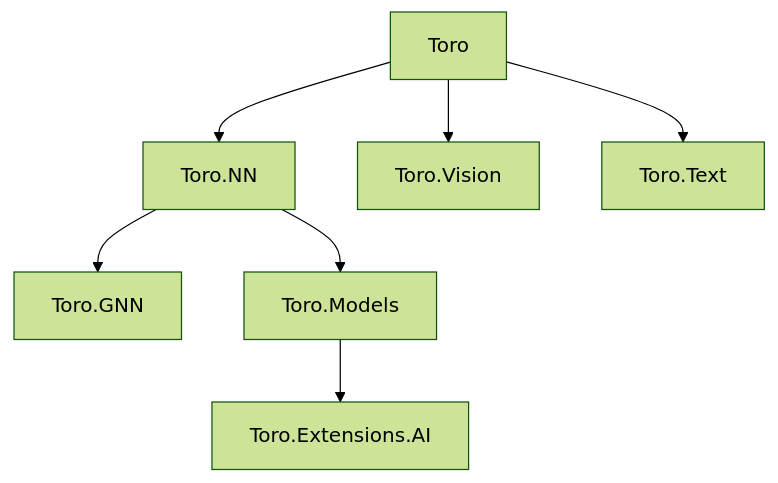
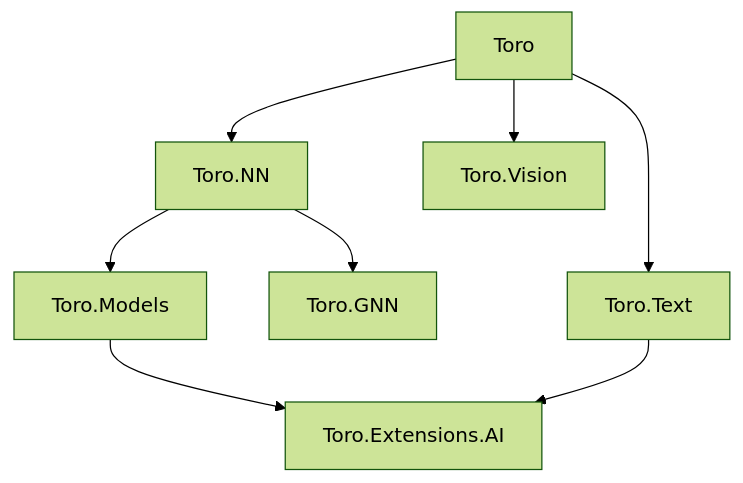
One commit to toro-ml/toro changed the diagram in CODEMAP.md. Above: the diagram before and after it, drawn with Mermaid (forest theme). The commit also changed other lines of this file and 9 other files, not shown here.

````diff
--- a/CODEMAP.md
+++ b/CODEMAP.md
@@ -9,9 +9,10 @@
 ```mermaid
 flowchart TD
     Toro --> Toro.NN
     Toro --> Toro.Vision
     Toro --> Toro.Text
     Toro.NN --> Toro.GNN
     Toro.NN --> Toro.Models
     Toro.Models --> Toro.Extensions.AI
+    Toro.Text --> Toro.Extensions.AI
 ```
````
